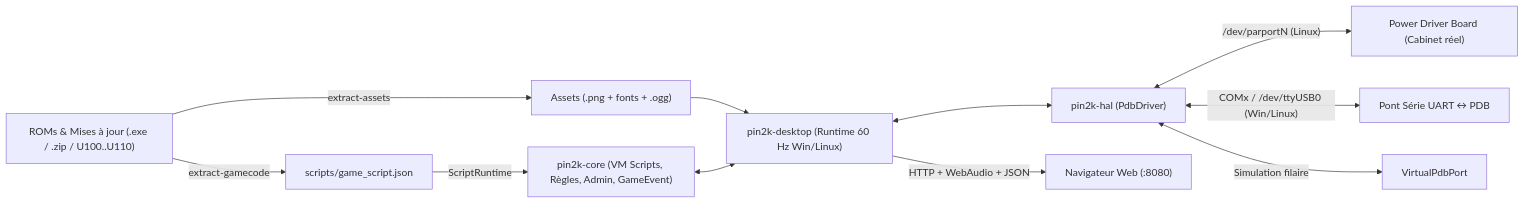
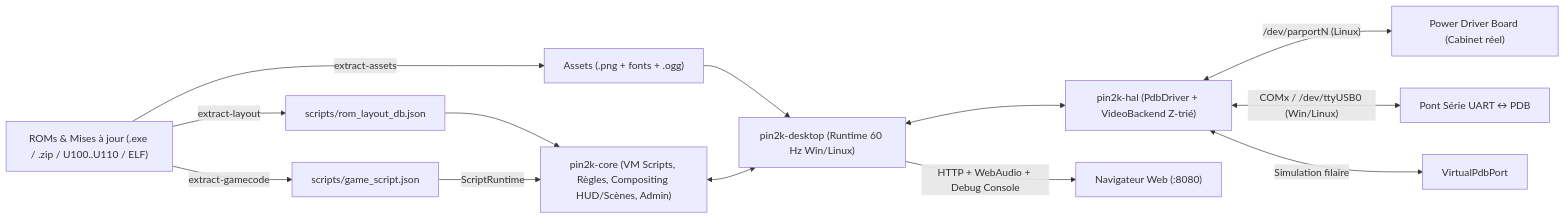
One commit to Sykir/pin2k changed the diagram in docs/ARCHITECTURE_GUIDE.md. Above: the diagram before and after it, drawn with Mermaid. The commit also changed other lines of this file and 10 other files, not shown here.

Commit message:
docs: update all guides, asset coverage matrix, roadmap, and add ROM screen layout reference

````diff
--- a/docs/ARCHITECTURE_GUIDE.md
+++ b/docs/ARCHITECTURE_GUIDE.md
@@ -16,13 +16,15 @@
 ```mermaid
 flowchart LR
-    ROM["ROMs & Mises à jour (.exe / .zip / U100..U110)"] -->|"extract-assets"| ASSETS["Assets (.png + fonts + .ogg)"]
+    ROM["ROMs & Mises à jour (.exe / .zip / U100..U110 / ELF)"] -->|"extract-assets"| ASSETS["Assets (.png + fonts + .ogg)"]
     ROM -->|"extract-gamecode"| SCRIPT["scripts/game_script.json"]
+    ROM -->|"extract-layout"| LAYOUT["scripts/rom_layout_db.json"]
     ASSETS --> DESKTOP["pin2k-desktop (Runtime 60 Hz Win/Linux)"]
-    SCRIPT -->|"ScriptRuntime"| CORE["pin2k-core (VM Scripts, Règles, Admin, GameEvent)"]
+    LAYOUT --> CORE
+    SCRIPT -->|"ScriptRuntime"| CORE["pin2k-core (VM Scripts, Règles, Compositing HUD/Scènes, Admin)"]
     CORE <--> DESKTOP
-    DESKTOP <--> HAL["pin2k-hal (PdbDriver)"]
+    DESKTOP <--> HAL["pin2k-hal (PdbDriver + VideoBackend Z-trié)"]
     HAL <-->|"/dev/parportN (Linux)"| PDB["Power Driver Board (Cabinet réel)"]
     HAL <-->|"COMx / /dev/ttyUSB0 (Win/Linux)"| UART["Pont Série UART ↔ PDB"]
     HAL <-->|"Simulation filaire"| VPDB["VirtualPdbPort"]
-    DESKTOP -->|"HTTP + WebAudio + JSON"| WEB["Navigateur Web (:8080)"]
+    DESKTOP -->|"HTTP + WebAudio + Debug Console"| WEB["Navigateur Web (:8080)"]
 ```
````
